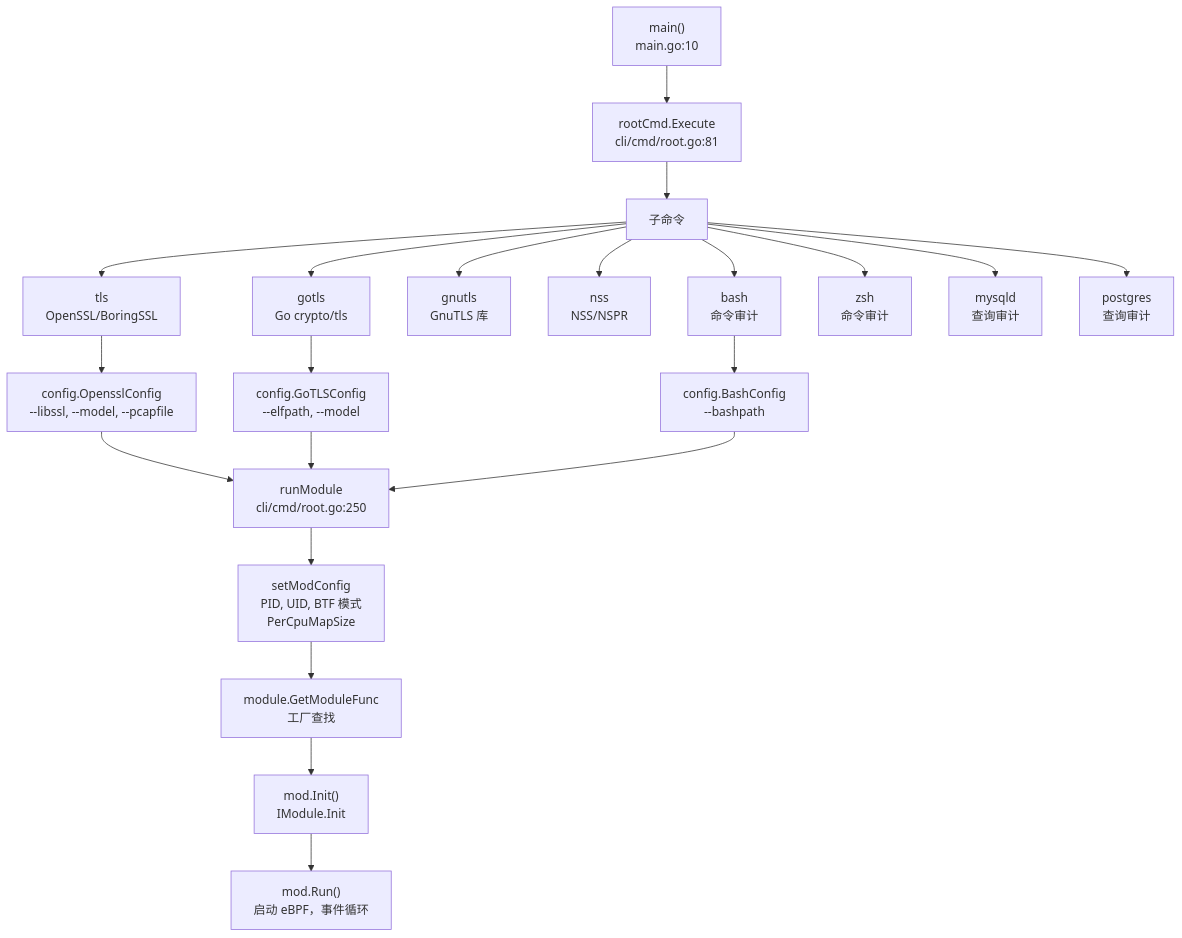
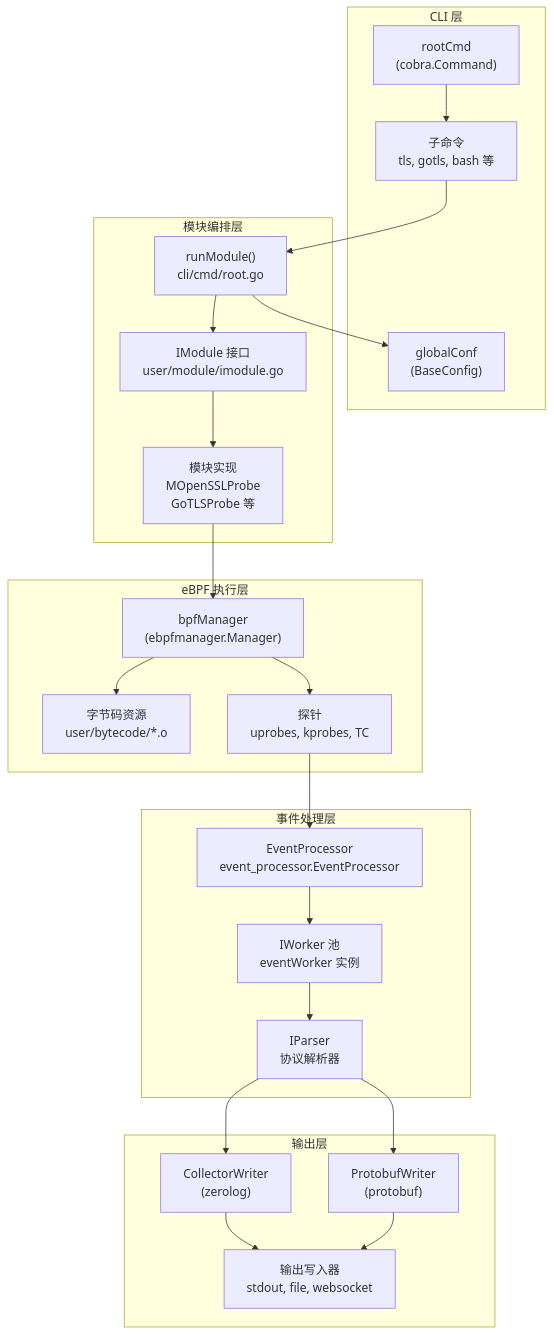
One commit to gojue/ecapture.cc changed the first of 7 diagrams in src/zh/2-architecture/index.md. Above: the diagram before and after it, drawn with Mermaid. The commit also changed other lines of this file and 115 other files, not shown here.

````diff
--- a/src/zh/2-architecture/index.md
+++ b/src/zh/2-architecture/index.md
@@ -175,29 +19,51 @@
 ```mermaid
 graph TB
-    main["main()<br/>main.go:10"] --> rootCmd["rootCmd.Execute<br/>cli/cmd/root.go:81"]
+    subgraph CLI["CLI 层"]
+        RootCmd["rootCmd<br/>(cobra.Command)"]
+        SubCommands["子命令<br/>tls, gotls, bash 等"]
+        GlobalConf["globalConf<br/>(BaseConfig)"]
+    end
     
-    rootCmd --> SubCommands["子命令"]
+    subgraph ModuleOrch["模块编排层"]
+        RunModule["runModule()<br/>cli/cmd/root.go"]
+        IModule["IModule 接口<br/>user/module/imodule.go"]
+        ModuleImpl["模块实现<br/>MOpenSSLProbe<br/>GoTLSProbe 等"]
+    end
     
-    SubCommands --> tls["tls<br/>OpenSSL/BoringSSL"]
-    SubCommands --> gotls["gotls<br/>Go crypto/tls"]
-    SubCommands --> gnutls["gnutls<br/>GnuTLS 库"]
-    SubCommands --> nss["nss<br/>NSS/NSPR"]
-    SubCommands --> bash["bash<br/>命令审计"]
-    SubCommands --> zsh["zsh<br/>命令审计"]
-    SubCommands --> mysqld["mysqld<br/>查询审计"]
-    SubCommands --> postgres["postgres<br/>查询审计"]
+    subgraph eBPFExec["eBPF 执行层"]
+        BPFManager["bpfManager<br/>(ebpfmanager.Manager)"]
+        BytecodeAssets["字节码资源<br/>user/bytecode/*.o"]
+        Probes["探针<br/>uprobes, kprobes, TC"]
+    end
     
-    tls --> OpensslConfig["config.OpensslConfig<br/>--libssl, --model, --pcapfile"]
-    gotls --> GotlsConfig["config.GoTLSConfig<br/>--elfpath, --model"]
-    bash --> BashConfig["config.BashConfig<br/>--bashpath"]
+    subgraph EventProc["事件处理层"]
+        EventProcessor["EventProcessor<br/>event_processor.EventProcessor"]
+        IWorker["IWorker 池<br/>eventWorker 实例"]
+        IParser["IParser<br/>协议解析器"]
+    end
     
-    OpensslConfig --> runModule["runModule<br/>cli/cmd/root.go:250"]
-    GotlsConfig --> runModule
-    BashConfig --> runModule
+    subgraph Output["输出层"]
+        CollectorWriter["CollectorWriter<br/>(zerolog)"]
+        ProtobufWriter["ProtobufWriter<br/>(protobuf)"]
+        Writers["输出写入器<br/>stdout, file, websocket"]
+    end
     
-    runModule --> SetModConfig["setModConfig<br/>PID, UID, BTF 模式<br/>PerCpuMapSize"]
-    SetModConfig --> GetModuleFunc["module.GetModuleFunc<br/>工厂查找"]
+    RootCmd --> SubCommands
+    SubCommands --> RunModule
+    RunModule --> GlobalConf
+    RunModule --> IModule
+    IModule --> ModuleImpl
     
-    GetModuleFunc --> ModInit["mod.Init()<br/>IModule.Init"]
-    ModInit --> ModRun["mod.Run()<br/>启动 eBPF，事件循环"]
+    ModuleImpl --> BPFManager
+    BPFManager --> BytecodeAssets
+    BPFManager --> Probes
+    
+    Probes --> EventProcessor
+    EventProcessor --> IWorker
+    IWorker --> IParser
+    
+    IParser --> CollectorWriter
+    IParser --> ProtobufWriter
+    CollectorWriter --> Writers
+    ProtobufWriter --> Writers
 ```
````
